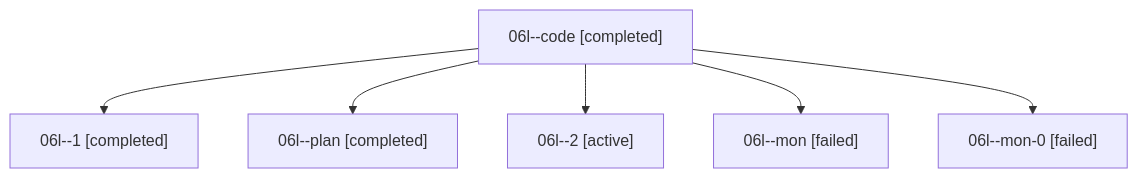
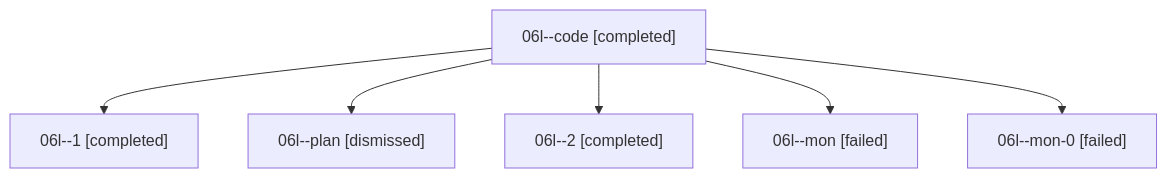
The diagram in families/bbugyi200.athena.06l.md (sase-org/sase--agents), drawn with Mermaid before and after one commit. The commit also changed other lines of this file and 530 other files, not shown here.

````diff
--- a/families/bbugyi200.athena.06l.md
+++ b/families/bbugyi200.athena.06l.md
@@ -9,14 +9,14 @@
 ```mermaid
 flowchart TD
   n0["06l--code [completed]"]
   n1["06l--1 [completed]"]
   n0 --> n1
-  n2["06l--plan [completed]"]
+  n2["06l--plan [dismissed]"]
   n0 --> n2
-  n3["06l--2 [active]"]
+  n3["06l--2 [completed]"]
   n0 --> n3
   n4["06l--mon [failed]"]
   n0 --> n4
   n5["06l--mon-0 [failed]"]
   n0 --> n5
 ```
````
